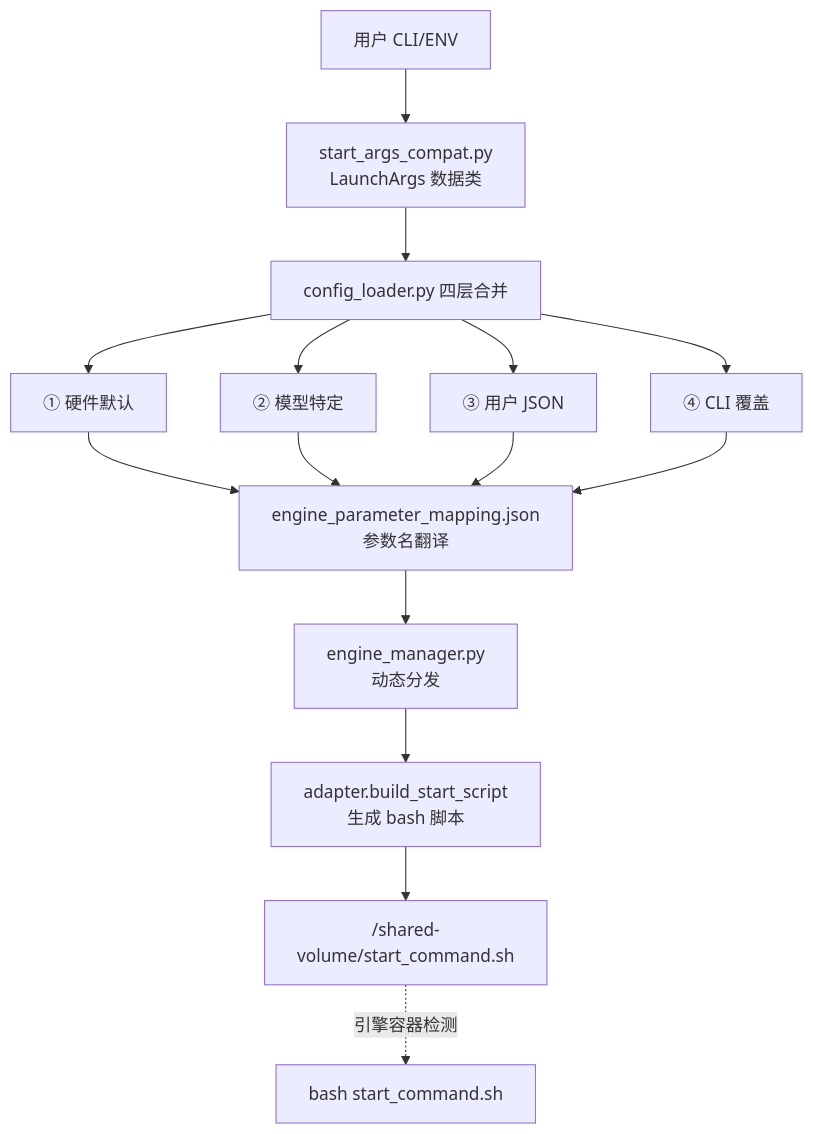
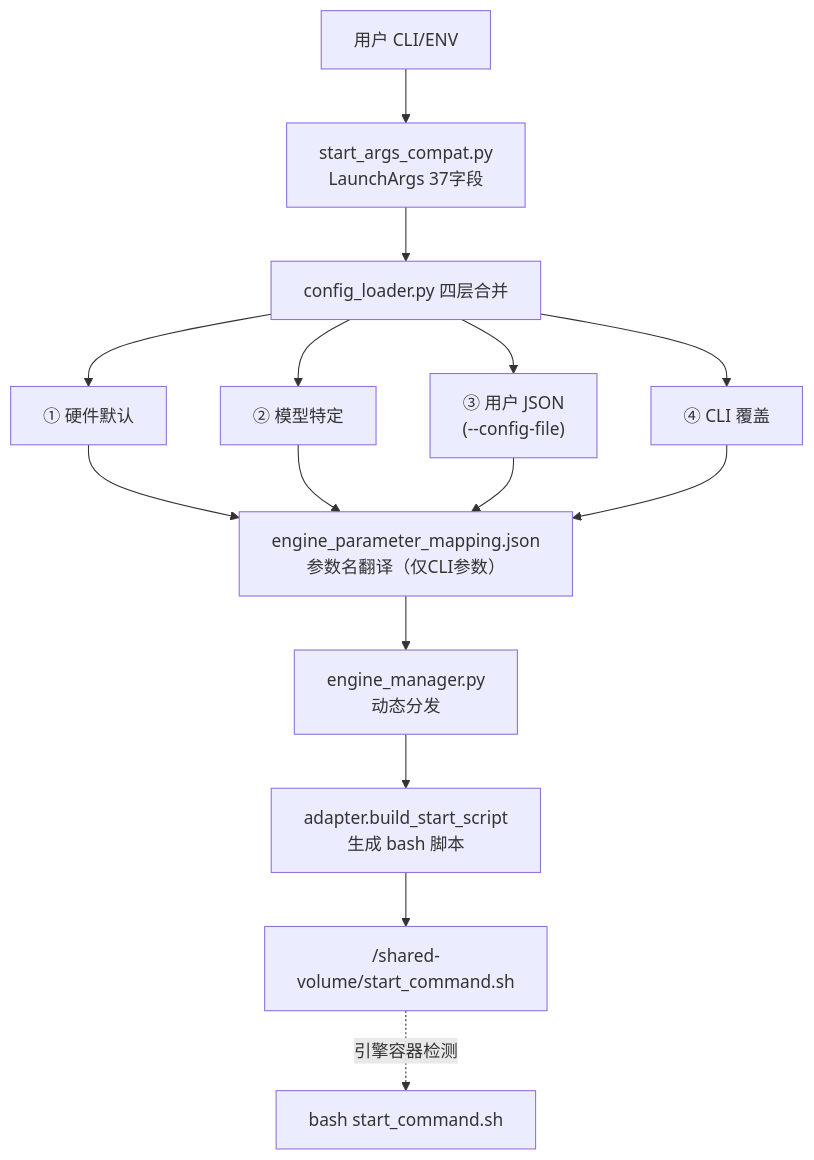
The first of 16 diagrams in untalking/untalking-反串讲-20260313.md (thegodloy-jpg/infer-control-sidecar-unified), drawn with Mermaid before and after one commit. The commit also changed other lines of this file and 1 other file, not shown here.

First line of the commit message:
US1: config-file JSON透传逻辑文档+MindIE新增字段追加

````diff
--- a/untalking/untalking-反串讲-20260313.md
+++ b/untalking/untalking-反串讲-20260313.md
@@ -31,14 +41,14 @@
 ```mermaid
 flowchart TD
-    A["用户 CLI/ENV"] --> B["start_args_compat.py<br/>LaunchArgs 数据类"]
+    A["用户 CLI/ENV"] --> B["start_args_compat.py<br/>LaunchArgs 37字段"]
     B --> C["config_loader.py 四层合并"]
     C --> C1["① 硬件默认"]
     C --> C2["② 模型特定"]
-    C --> C3["③ 用户 JSON"]
+    C --> C3["③ 用户 JSON<br/>(--config-file)"]
     C --> C4["④ CLI 覆盖"]
-    C1 & C2 & C3 & C4 --> D["engine_parameter_mapping.json<br/>参数名翻译"]
+    C1 & C2 & C3 & C4 --> D["engine_parameter_mapping.json<br/>参数名翻译（仅CLI参数）"]
     D --> E["engine_manager.py<br/>动态分发"]
     E --> F["adapter.build_start_script<br/>生成 bash 脚本"]
     F --> G["/shared-volume/start_command.sh"]
     G -.->|"引擎容器检测"| H["bash start_command.sh"]
 ```
````
